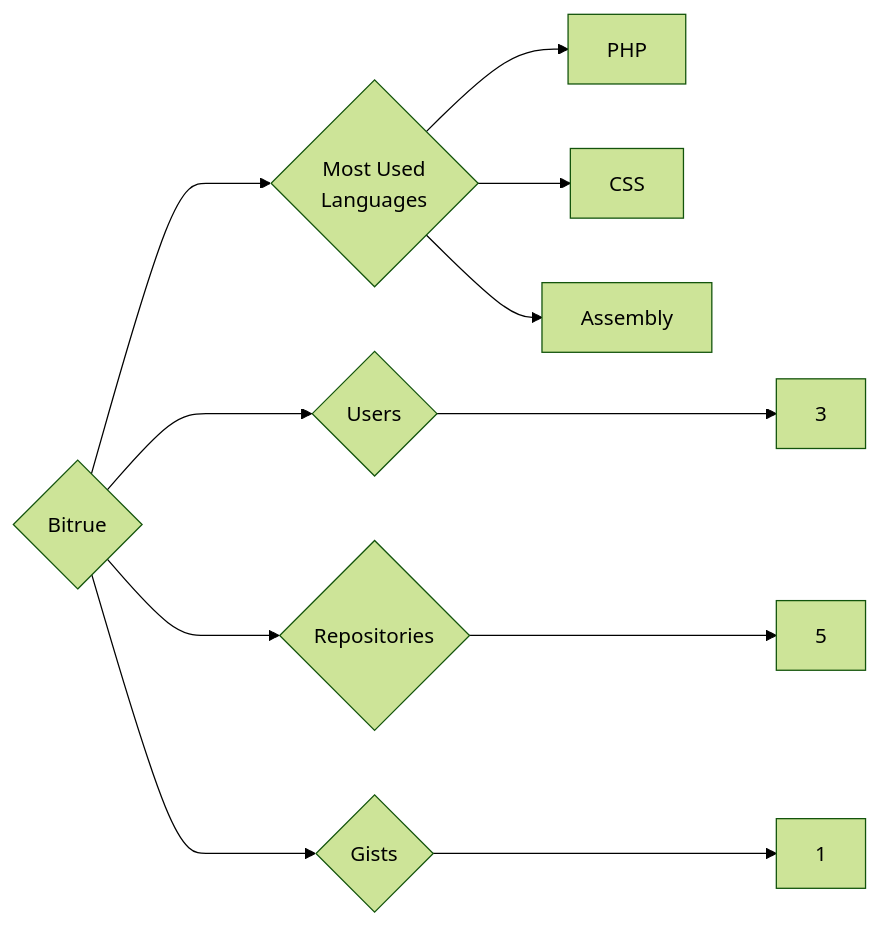
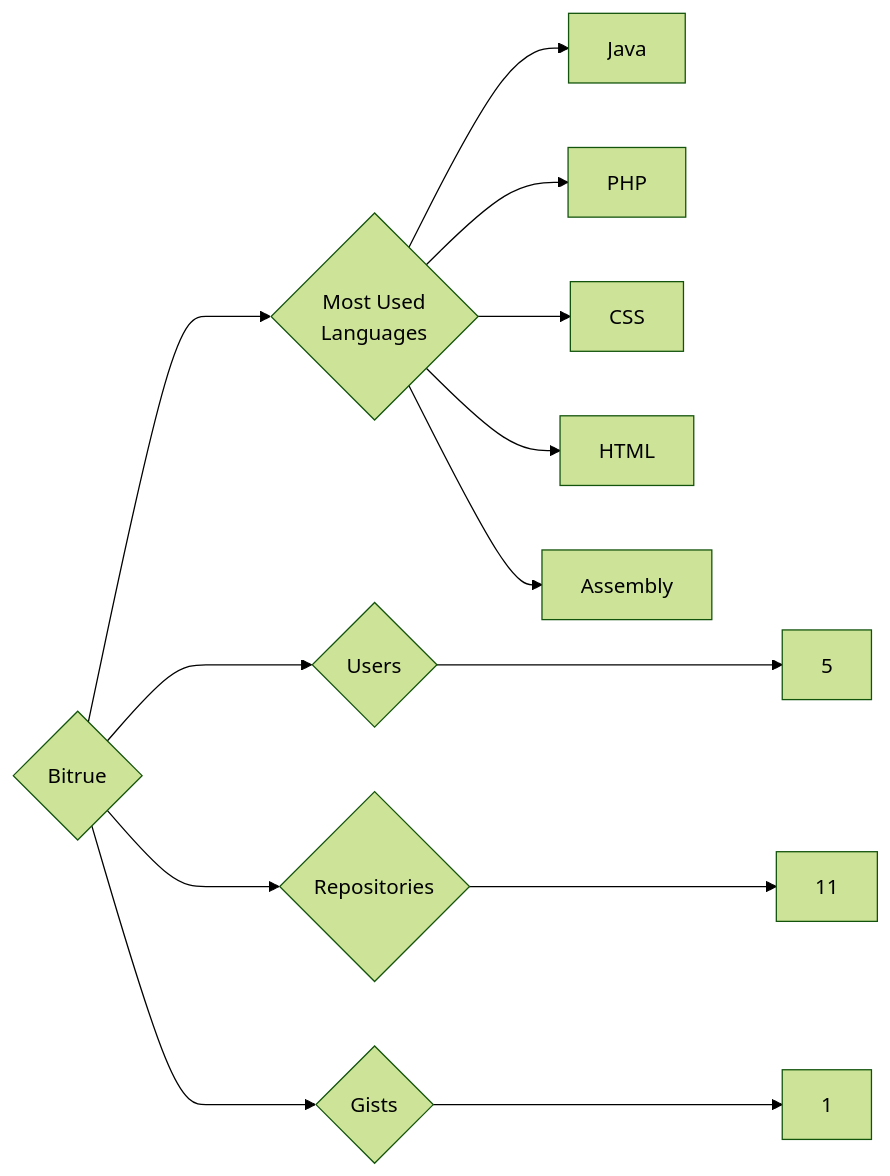
Before and after one commit to trickest/insiders: the diagram in targets/Bitrue/README.md, drawn with Mermaid (forest theme). The commit also changed 928 other files, not shown here.

````diff
--- a/targets/Bitrue/README.md
+++ b/targets/Bitrue/README.md
@@ -3,11 +3,13 @@
 ```mermaid
 graph LR
 COMPANY_NAME{Bitrue}
-COMPANY_NAME ---> U{Users} ---> UN[3]
-COMPANY_NAME ---> R{Repositories} ---> RN[5]
+COMPANY_NAME ---> U{Users} ---> UN[5]
+COMPANY_NAME ---> R{Repositories} ---> RN[11]
 COMPANY_NAME ---> G{Gists} ---> GN[1]
 COMPANY_NAME ---> ML{Most Used<br>Languages}
+ML --> Java[Java]
 ML --> PHP[PHP]
 ML --> CSS[CSS]
+ML --> HTML[HTML]
 ML --> Assembly[Assembly]
 ```
````
